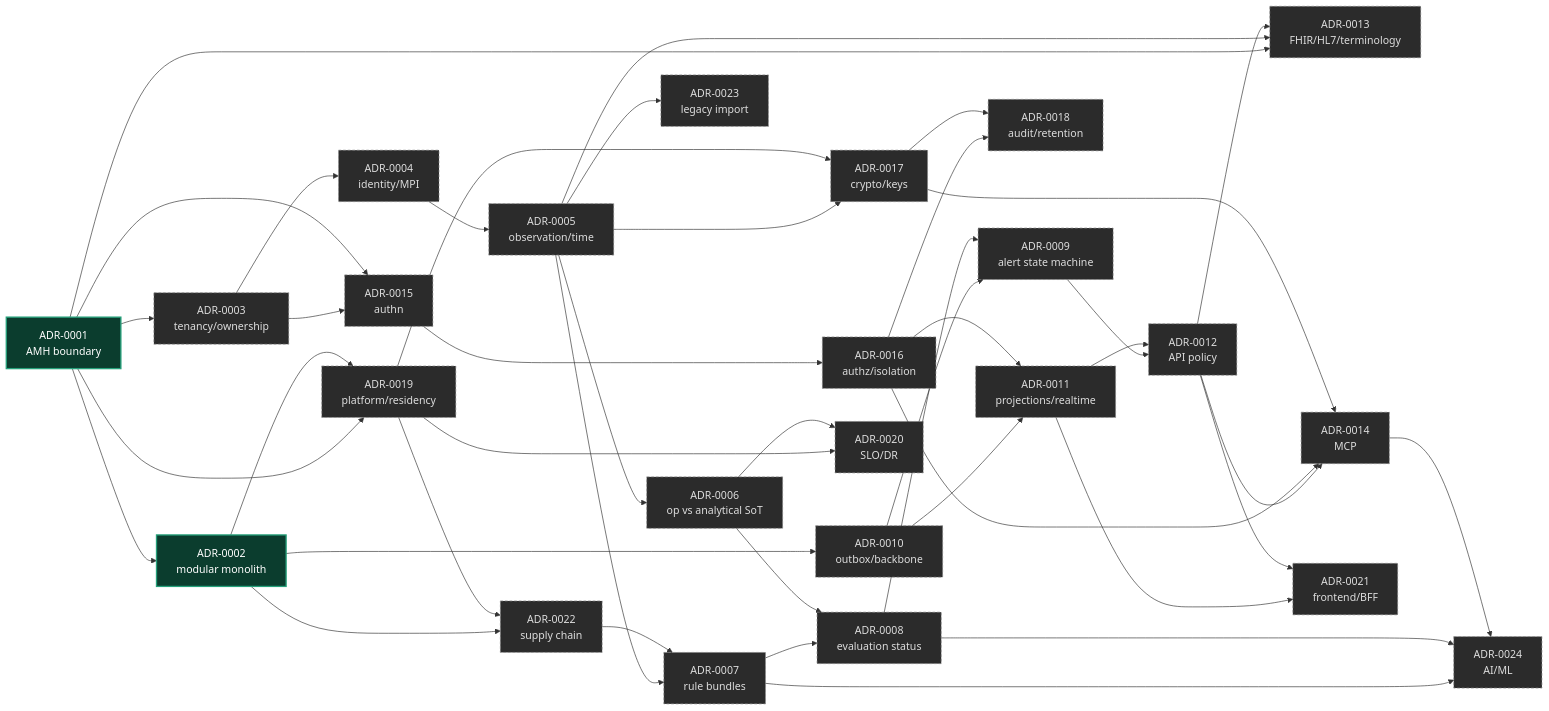
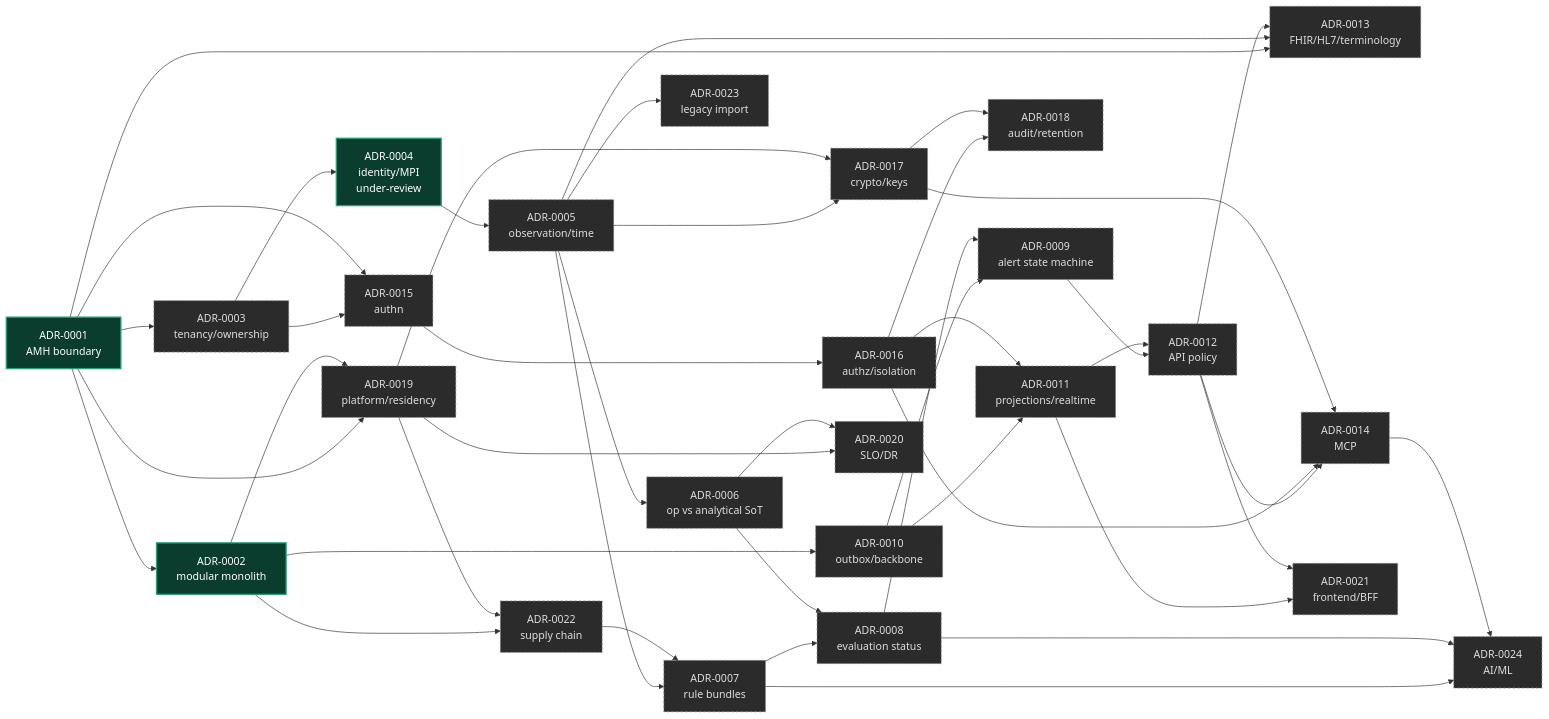
Before and after one commit to Omni-Saude/intensicare-V2: the second of 2 diagrams in docs/06-architecture/adrs/adr-index.md, drawn with Mermaid. The commit also changed other lines of this file and 17 other files, not shown here.

````diff
--- a/docs/06-architecture/adrs/adr-index.md
+++ b/docs/06-architecture/adrs/adr-index.md
@@ -196,59 +206,59 @@
 ```mermaid
 flowchart LR
     classDef drafted fill:#0b3d2e,stroke:#25a07a,stroke-width:2px,color:#ffffff
     classDef notstarted fill:#2b2b2b,stroke:#888888,stroke-dasharray:4 3,color:#dddddd
 
     A1["ADR-0001<br/>AMH boundary"]:::drafted
     A2["ADR-0002<br/>modular monolith"]:::drafted
     A3["ADR-0003<br/>tenancy/ownership"]:::notstarted
-    A4["ADR-0004<br/>identity/MPI"]:::notstarted
+    A4["ADR-0004<br/>identity/MPI<br/>under-review"]:::drafted
     A5["ADR-0005<br/>observation/time"]:::notstarted
     A6["ADR-0006<br/>op vs analytical SoT"]:::notstarted
     A7["ADR-0007<br/>rule bundles"]:::notstarted
     A8["ADR-0008<br/>evaluation status"]:::notstarted
     A9["ADR-0009<br/>alert state machine"]:::notstarted
     A10["ADR-0010<br/>outbox/backbone"]:::notstarted
     A11["ADR-0011<br/>projections/realtime"]:::notstarted
     A12["ADR-0012<br/>API policy"]:::notstarted
     A13["ADR-0013<br/>FHIR/HL7/terminology"]:::notstarted
     A14["ADR-0014<br/>MCP"]:::notstarted
     A15["ADR-0015<br/>authn"]:::notstarted
     A16["ADR-0016<br/>authz/isolation"]:::notstarted
     A17["ADR-0017<br/>crypto/keys"]:::notstarted
     A18["ADR-0018<br/>audit/retention"]:::notstarted
     A19["ADR-0019<br/>platform/residency"]:::notstarted
     A20["ADR-0020<br/>SLO/DR"]:::notstarted
     A21["ADR-0021<br/>frontend/BFF"]:::notstarted
     A22["ADR-0022<br/>supply chain"]:::notstarted
     A23["ADR-0023<br/>legacy import"]:::notstarted
     A24["ADR-0024<br/>AI/ML"]:::notstarted
 
     A1 --> A2 --> A10 --> A9
     A1 --> A3 --> A4 --> A5 --> A6
     A5 --> A7 --> A8
     A6 --> A8 --> A9 --> A12
     A10 --> A11 --> A12
     A3 --> A15 --> A16 --> A11
     A1 --> A15
     A1 --> A13
     A5 --> A13
     A12 --> A13
     A12 --> A14
     A16 --> A14
     A17 --> A14
     A5 --> A17
     A19 --> A17
     A16 --> A18
     A17 --> A18
     A1 --> A19
     A2 --> A19 --> A20
     A6 --> A20
     A11 --> A21
     A12 --> A21
     A2 --> A22 --> A7
     A19 --> A22
     A5 --> A23
     A7 --> A24
     A8 --> A24
     A14 --> A24
 ```
````
